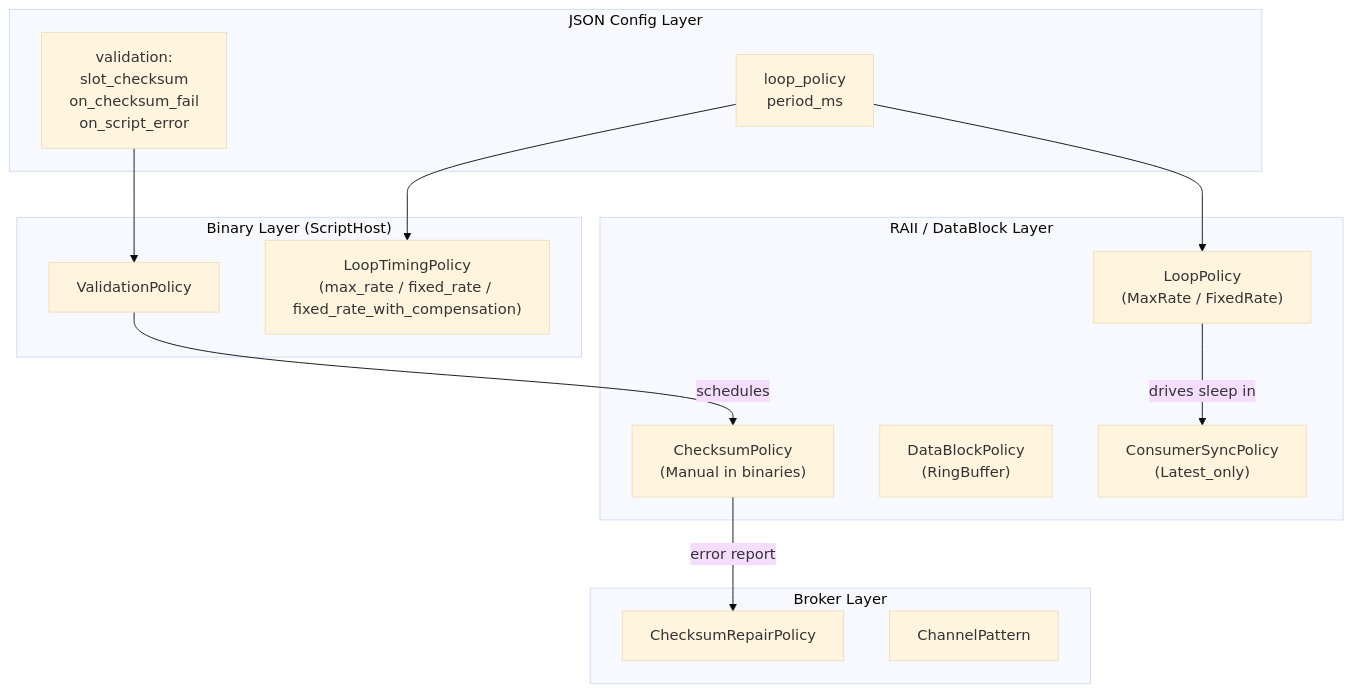
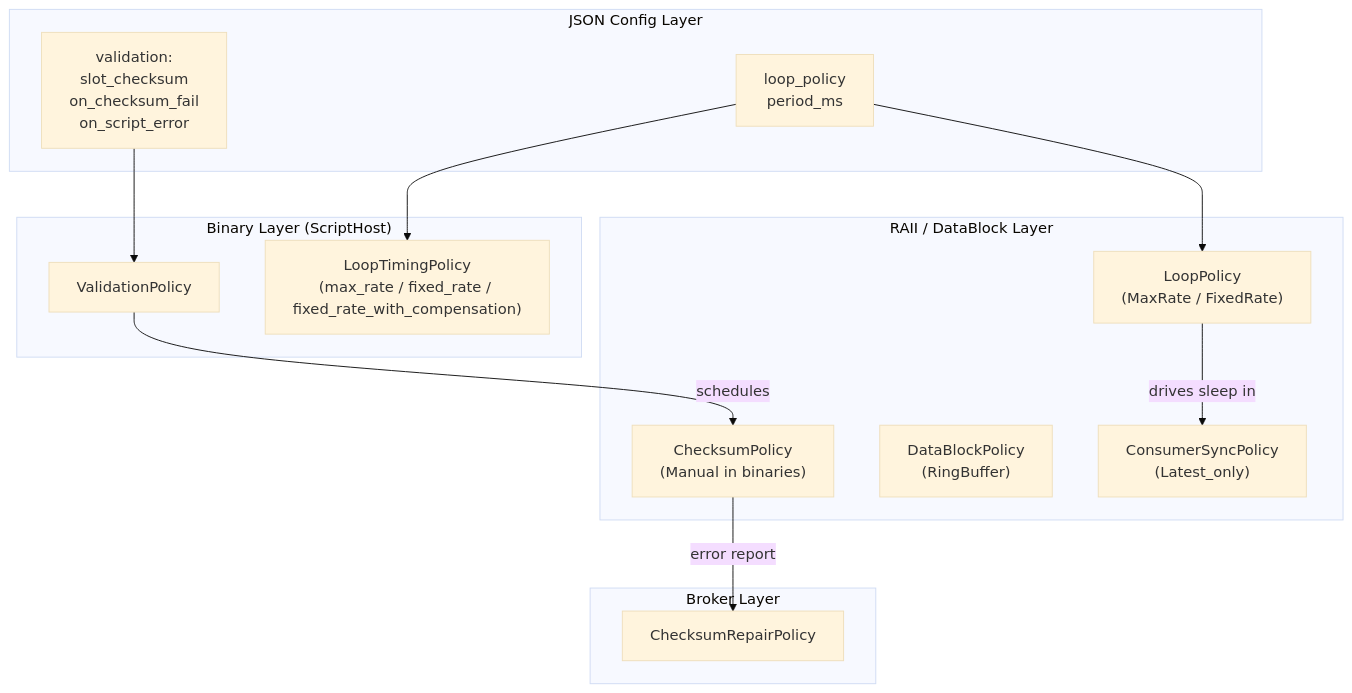
One commit to Qing-LAB/pylabhub changed the diagram in docs/HEP/HEP-CORE-0009-Policy-Reference.md. Above: the diagram before and after it, drawn with Mermaid (base theme). The commit also changed other lines of this file and 19 other files, not shown here.

````diff
--- a/docs/HEP/HEP-CORE-0009-Policy-Reference.md
+++ b/docs/HEP/HEP-CORE-0009-Policy-Reference.md
@@ -403,31 +395,30 @@
 ```mermaid
 flowchart TB
     subgraph Config["JSON Config Layer"]
         VPol["validation:\n  slot_checksum\n  on_checksum_fail\n  on_script_error"]
         LPol["loop_policy\nperiod_ms"]
     end
 
     subgraph Binary["Binary Layer (ScriptHost)"]
         ValPol["ValidationPolicy"]
         LTPol["LoopTimingPolicy\n(max_rate / fixed_rate / fixed_rate_with_compensation)"]
     end
 
     subgraph RAII["RAII / DataBlock Layer"]
         CkPol["ChecksumPolicy\n(Manual in binaries)"]
         DBPol["DataBlockPolicy\n(RingBuffer)"]
         CSPol["ConsumerSyncPolicy\n(Latest_only)"]
         LoopP["LoopPolicy\n(MaxRate / FixedRate)"]
     end
 
     subgraph Broker["Broker Layer"]
         CRPol["ChecksumRepairPolicy"]
-        ChanP["ChannelPattern"]
     end
 
     VPol --> ValPol
     LPol --> LoopP
     LPol --> LTPol
     ValPol -->|"schedules"| CkPol
     LoopP -->|"drives sleep in"| CSPol
     CkPol -->|"error report"| CRPol
 ```
````
